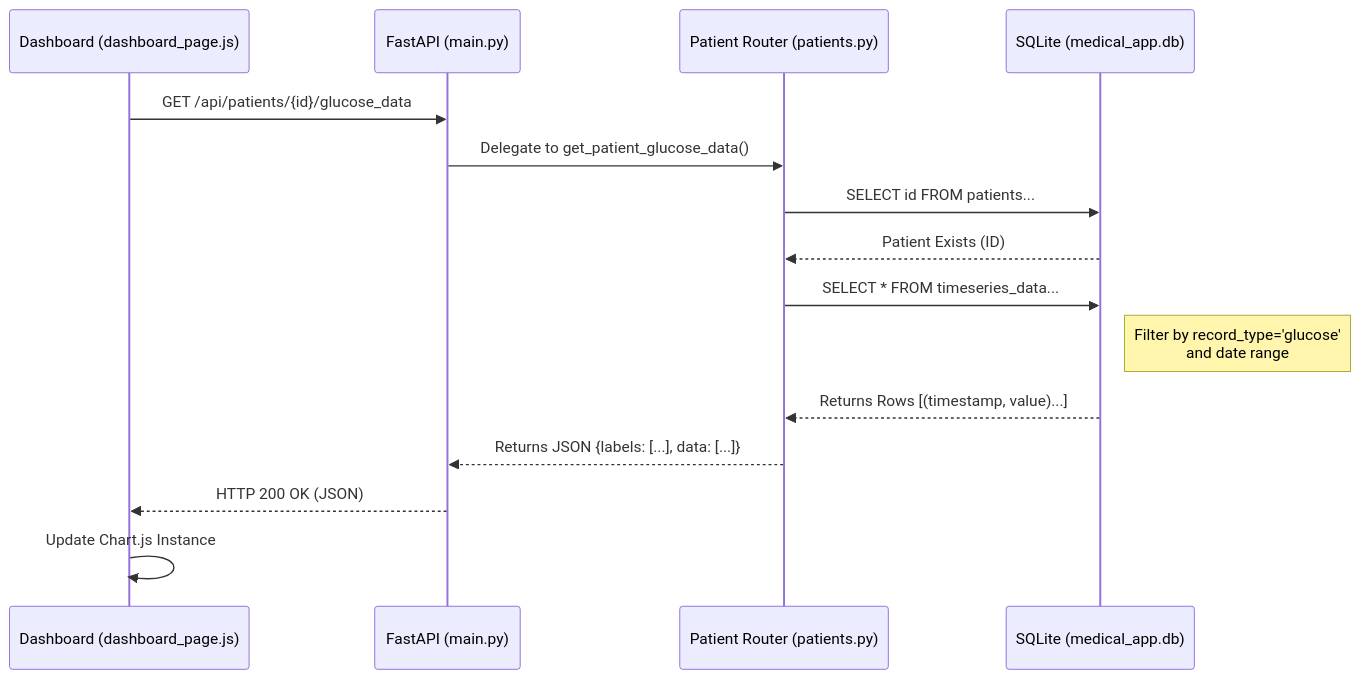
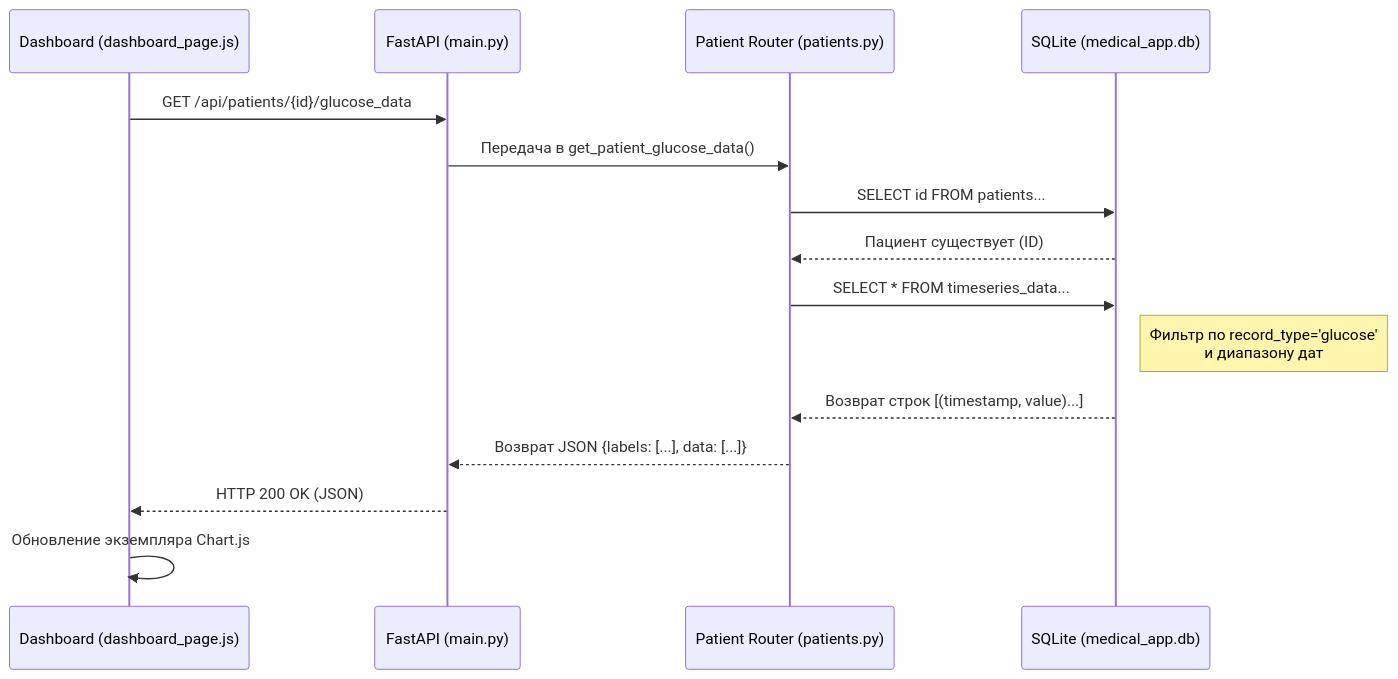
One commit to Dr-U-boop/Glukoze-Test changed the fifth of 5 diagrams in project_report.md. Above: the diagram before and after it, drawn with Mermaid. The commit also changed other lines of this file, not shown here.

````diff
--- a/project_report.md
+++ b/project_report.md
@@ -238,22 +238,22 @@
 ```mermaid
 sequenceDiagram
     participant UI as Dashboard (dashboard_page.js)
     participant API as FastAPI (main.py)
     participant Router as Patient Router (patients.py)
     participant DB as SQLite (medical_app.db)
 
     UI->>API: GET /api/patients/{id}/glucose_data
-    API->>Router: Delegate to get_patient_glucose_data()
+    API->>Router: Передача в get_patient_glucose_data()
     
     Router->>DB: SELECT id FROM patients...
-    DB-->>Router: Patient Exists (ID)
+    DB-->>Router: Пациент существует (ID)
 
     Router->>DB: SELECT * FROM timeseries_data...
-    note right of DB: Filter by record_type='glucose'<br/>and date range
-    DB-->>Router: Returns Rows [(timestamp, value)...]
+    note right of DB: Фильтр по record_type='glucose'<br/>и диапазону дат
+    DB-->>Router: Возврат строк [(timestamp, value)...]
 
-    Router-->>API: Returns JSON {labels: [...], data: [...]}
+    Router-->>API: Возврат JSON {labels: [...], data: [...]}
     API-->>UI: HTTP 200 OK (JSON)
     
-    UI->>UI: Update Chart.js Instance
+    UI->>UI: Обновление экземпляра Chart.js
 ```
````
